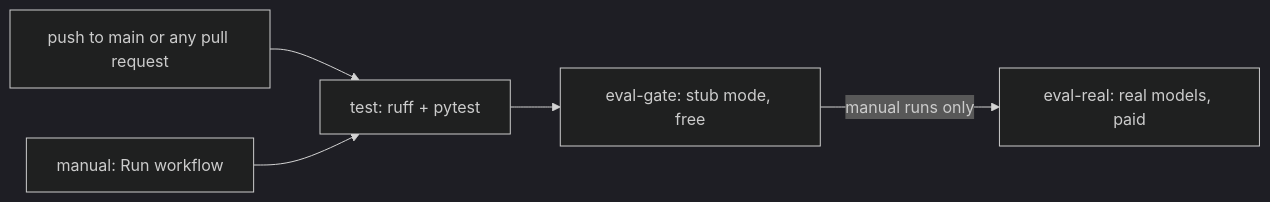
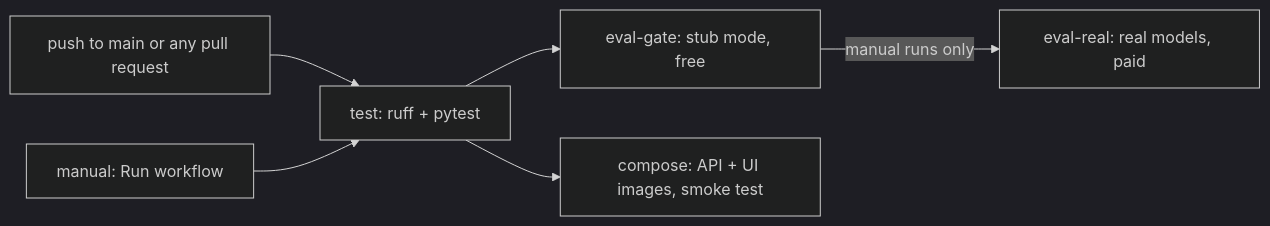
Before and after one commit to Sanjaymartolia/ClaimSense-Insurance: the diagram in docs/CI_CD_PIPELINE.md, drawn with Mermaid (dark theme). The commit also changed other lines of this file and 30 other files, not shown here.

````diff
--- a/docs/CI_CD_PIPELINE.md
+++ b/docs/CI_CD_PIPELINE.md
@@ -31,7 +31,8 @@
 ```mermaid
 flowchart LR
     P[push to main or any pull request] --> T[test: ruff + pytest]
     M[manual: Run workflow] --> T
     T --> G[eval-gate: stub mode, free]
+    T --> C[compose: API + UI images, smoke test]
     G -->|manual runs only| R[eval-real: real models, paid]
 ```
````
